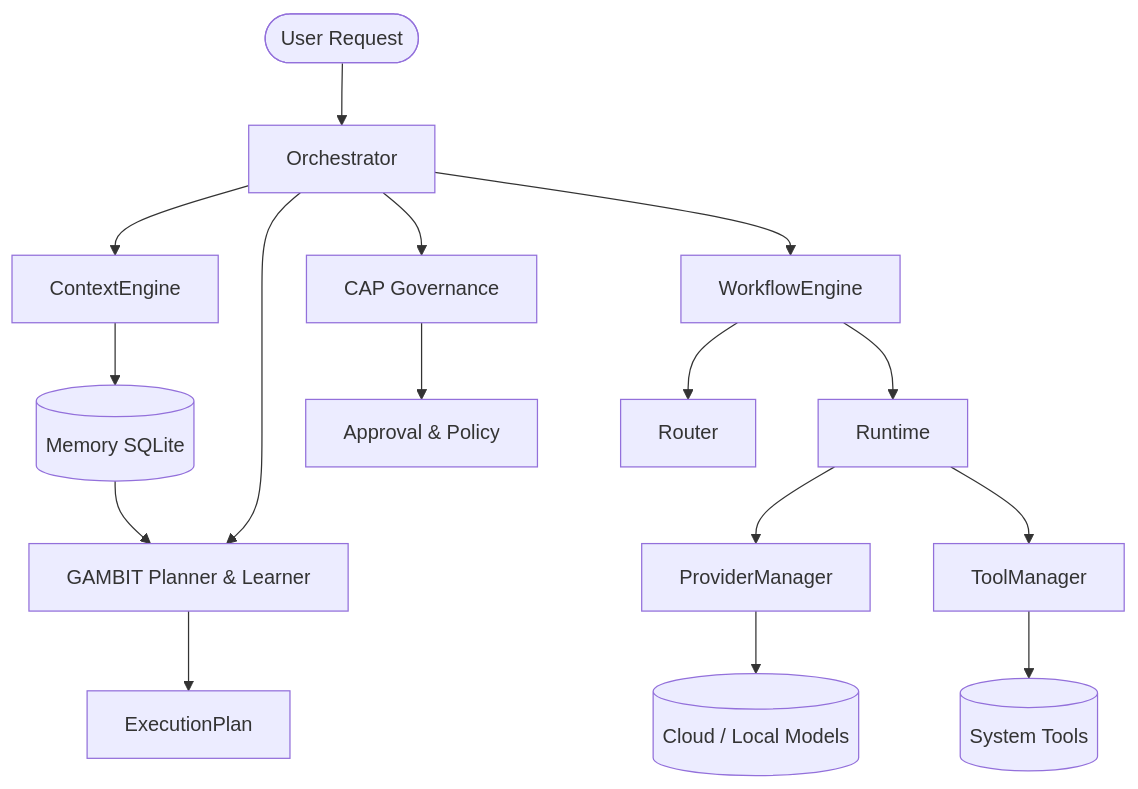
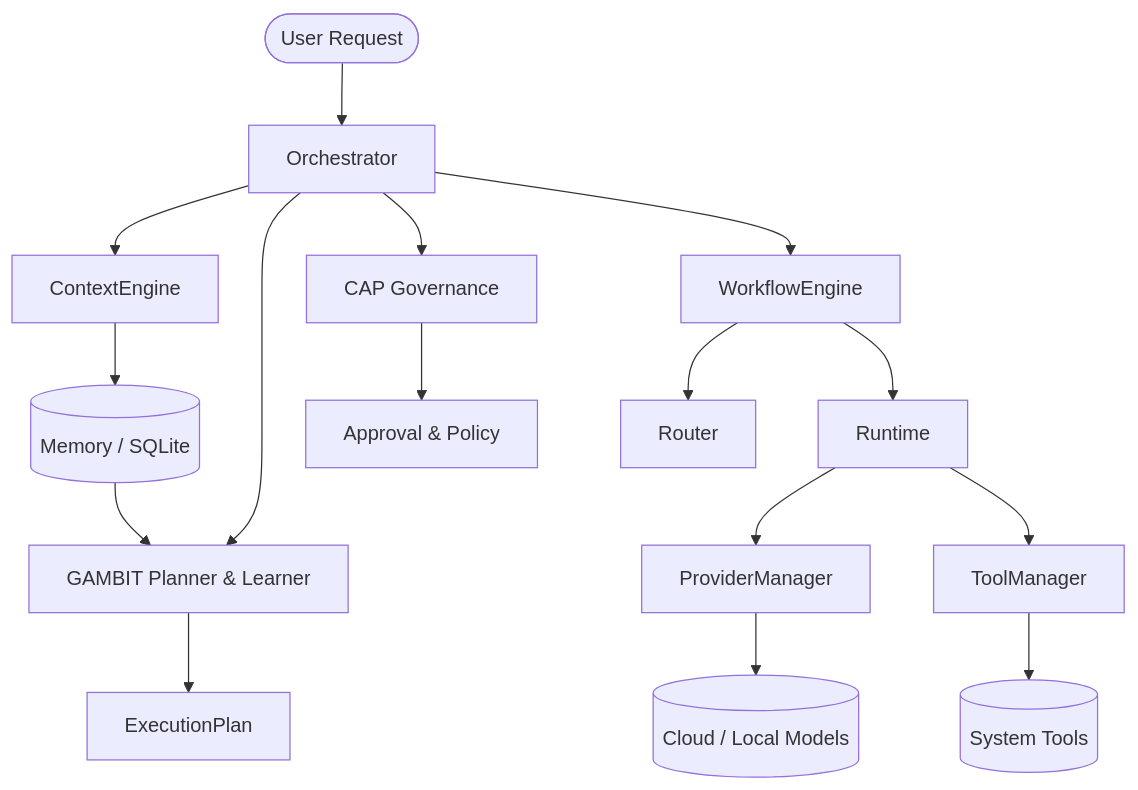
One commit to HARI9037/Samaktha changed the diagram in README.md. Above: the diagram before and after it, drawn with Mermaid. The commit also changed other lines of this file, not shown here.

````diff
--- a/README.md
+++ b/README.md
@@ -44,23 +31,23 @@
 ```mermaid
 graph TD
     User([User Request]) --> Orchestrator
     Orchestrator --> ContextEngine
     Orchestrator --> GAMBIT[GAMBIT Planner & Learner]
     Orchestrator --> CAP[CAP Governance]
     Orchestrator --> WorkflowEngine
 
     GAMBIT --> ExecutionPlan
     CAP --> Approval[Approval & Policy]
 
     WorkflowEngine --> Router
     WorkflowEngine --> Runtime
 
     Runtime --> ProviderManager
     Runtime --> ToolManager
 
     ProviderManager --> Providers[(Cloud / Local Models)]
     ToolManager --> Tools[(System Tools)]
 
-    ContextEngine --> MemoryManager[(Memory SQLite)]
+    ContextEngine --> MemoryManager[(Memory / SQLite)]
     MemoryManager --> GAMBIT
 ```
````
